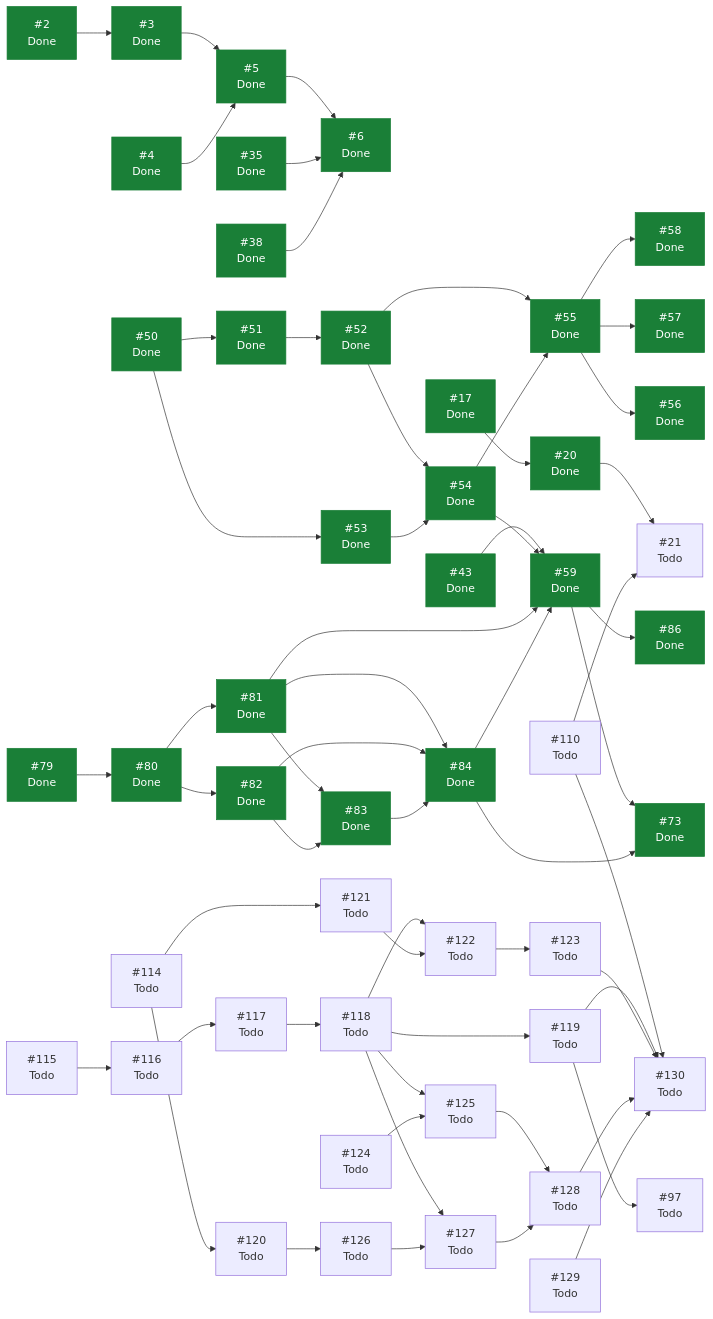
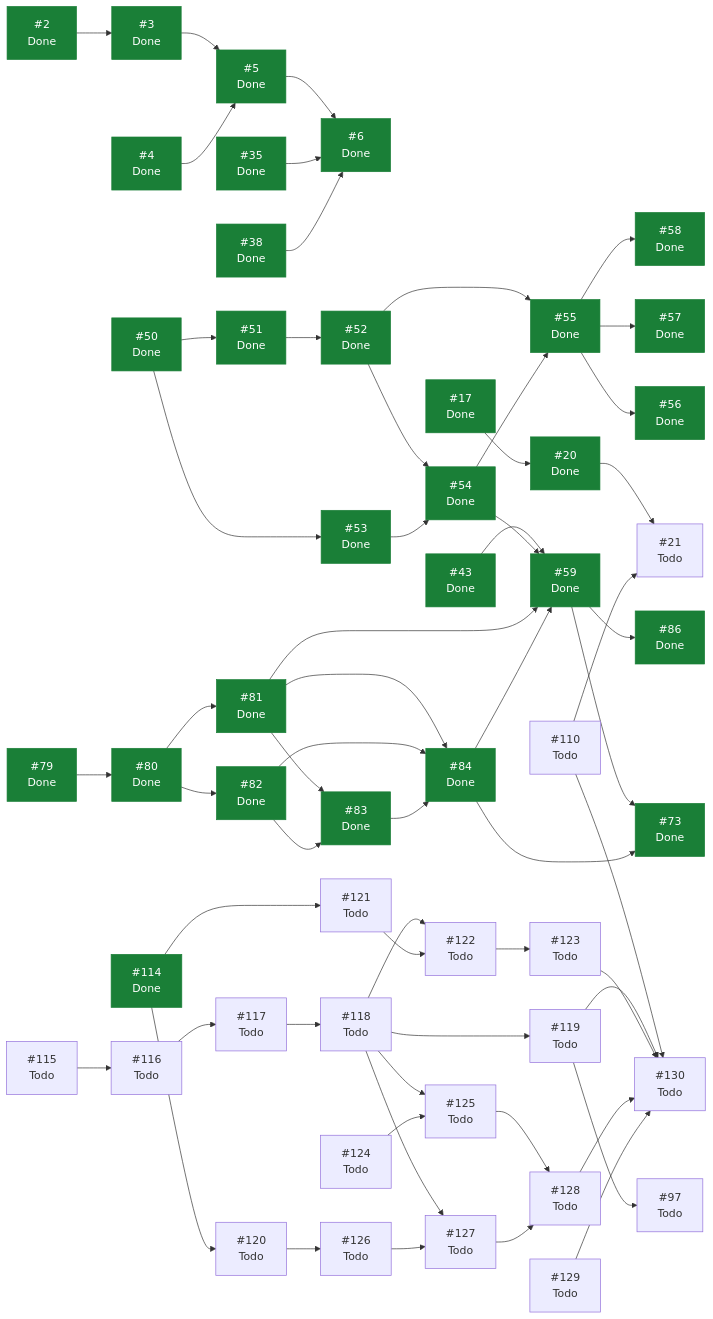
One commit to ecamp0s/evault changed the diagram in docs/planning/STATUS.md. Above: the diagram before and after it, drawn with Mermaid. The commit also changed other lines of this file, not shown here.

````diff
--- a/docs/planning/STATUS.md
+++ b/docs/planning/STATUS.md
@@ -166,7 +167,7 @@
   I86["#86<br/>Done"]
   I97["#97<br/>Todo"]
   I110["#110<br/>Todo"]
-  I114["#114<br/>Todo"]
+  I114["#114<br/>Done"]
   I115["#115<br/>Todo"]
   I116["#116<br/>Todo"]
   I117["#117<br/>Todo"]
@@ -240,5 +241,5 @@
   I128 --> I130
   I129 --> I130
   classDef hecho fill:#1a7f37,stroke:#1a7f37,color:#fff;
-  class I2,I3,I4,I5,I6,I17,I20,I35,I38,I43,I50,I51,I52,I53,I54,I55,I56,I57,I58,I59,I73,I79,I80,I81,I82,I83,I84,I86 hecho;
+  class I2,I3,I4,I5,I6,I17,I20,I35,I38,I43,I50,I51,I52,I53,I54,I55,I56,I57,I58,I59,I73,I79,I80,I81,I82,I83,I84,I86,I114 hecho;
 ```
````
